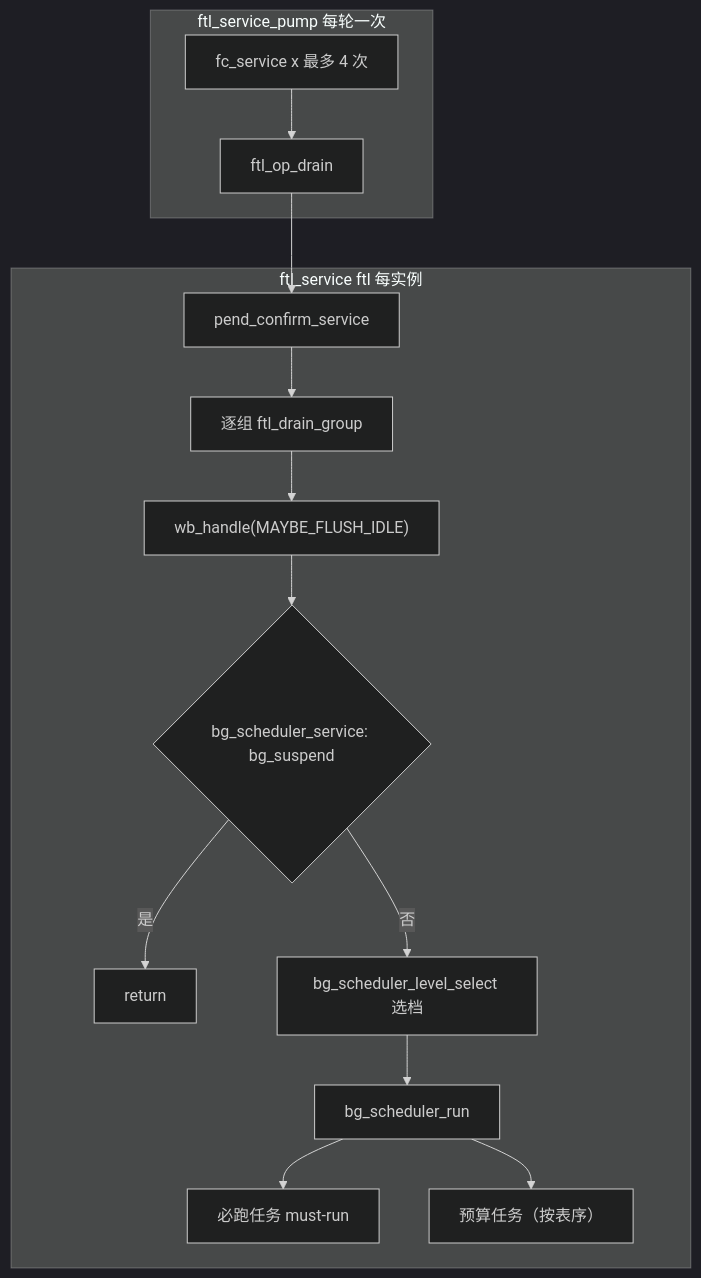
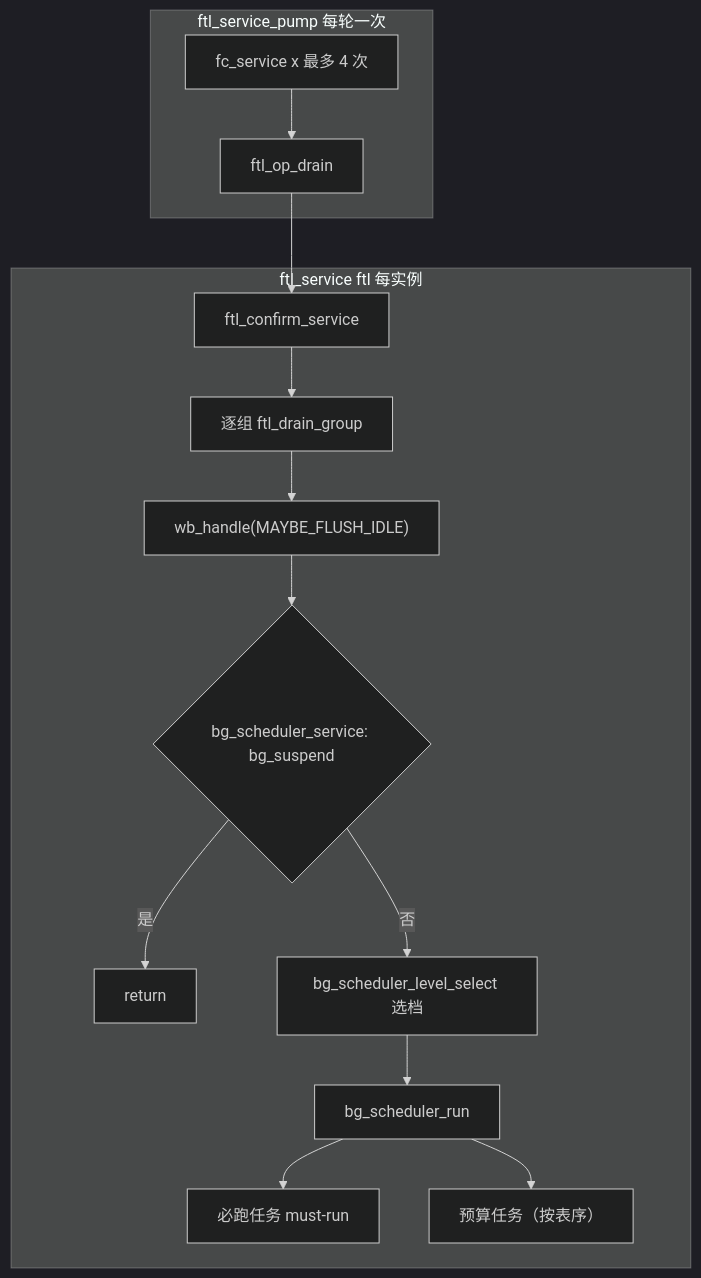
Diagram 19 of 33 in docs/design/ftl_design.md (YzYMIAO/BASESSD), drawn with Mermaid (dark theme) before and after one commit. The commit also changed other lines of this file and 10 other files, not shown here.

````diff
--- a/docs/design/ftl_design.md
+++ b/docs/design/ftl_design.md
@@ -3388,17 +3388,17 @@
 ```mermaid
 flowchart TB
     subgraph "ftl_service_pump 每轮一次"
         P1["fc_service x 最多 4 次"] --> P2["ftl_op_drain"]
     end
     subgraph "ftl_service ftl 每实例"
-        S1["pend_confirm_service"] --> S2["逐组 ftl_drain_group"]
+        S1["ftl_confirm_service"] --> S2["逐组 ftl_drain_group"]
         S2 --> S3["wb_handle(MAYBE_FLUSH_IDLE)"]
         S3 --> S4{"bg_scheduler_service: bg_suspend"}
         S4 -- "是" --> S5["return"]
         S4 -- "否" --> S6["bg_scheduler_level_select 选档"]
         S6 --> S7["bg_scheduler_run"]
         S7 --> S8["必跑任务 must-run"]
         S7 --> S9["预算任务（按表序）"]
     end
     P2 --> S1
 ```
````
